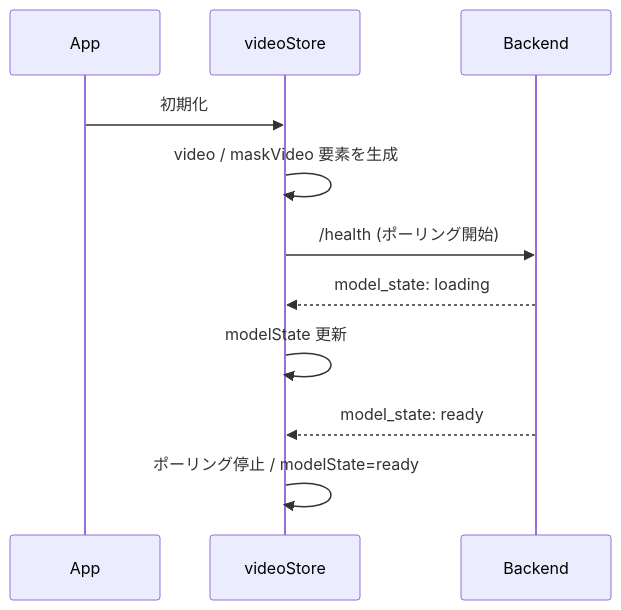
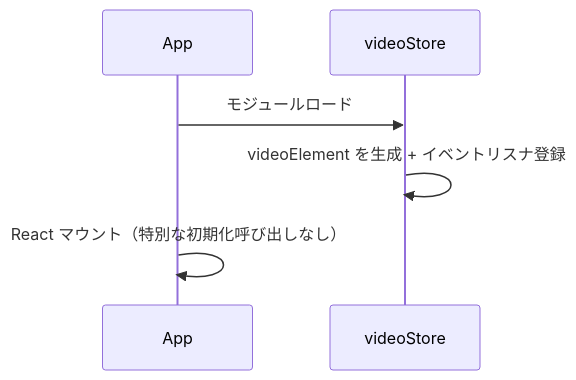
Before and after one commit to kanosawa/omnimatte-editor: the diagram in docs/spec/08-state-management.md, drawn with Mermaid. The commit also changed other lines of this file and 10 other files, not shown here.

````diff
--- a/docs/spec/08-state-management.md
+++ b/docs/spec/08-state-management.md
@@ -193,13 +171,8 @@
 ```mermaid
 sequenceDiagram
     participant App
     participant Store as videoStore
-    participant BE as Backend
-    App->>Store: 初期化
-    Store->>Store: video / maskVideo 要素を生成
-    Store->>BE: /health (ポーリング開始)
-    BE-->>Store: model_state: loading
-    Store->>Store: modelState 更新
-    BE-->>Store: model_state: ready
-    Store->>Store: ポーリング停止 / modelState=ready
+    App->>Store: モジュールロード
+    Store->>Store: videoElement を生成 + イベントリスナ登録
+    App->>App: React マウント（特別な初期化呼び出しなし）
 ```
````
